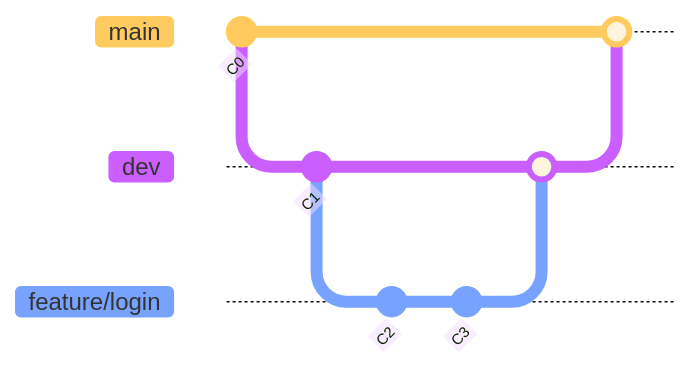
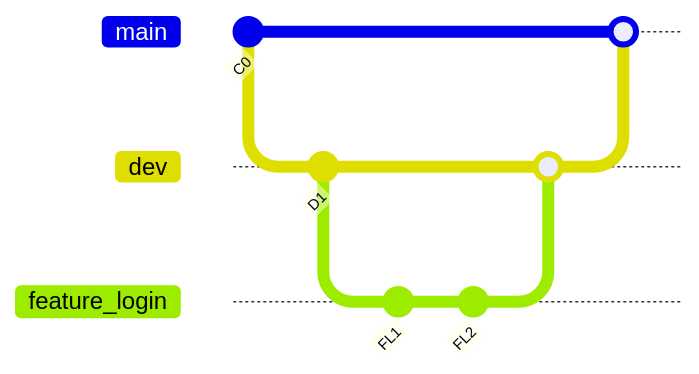
Before and after one commit to BetterCallSatish/DevOps: the fifth of 5 diagrams in 2.GIT/New.md, drawn with Mermaid. The commit also changed other lines of this file, not shown here.

````diff
--- a/2.GIT/New.md
+++ b/2.GIT/New.md
@@ -382,15 +318,14 @@
 ```mermaid
-%%{init: { 'theme': 'base' } }%%
 gitGraph
   commit id: "C0"
   branch dev
-  commit id: "C1"
-  branch feature/login
-  checkout feature/login
-  commit id: "C2"
-  commit id: "C3"
+  commit id: "D1"
+  branch feature_login
+  checkout feature_login
+  commit id: "FL1"
+  commit id: "FL2"
   checkout dev
-  merge feature/login
+  merge feature_login
   checkout main
   merge dev
 ```
````
